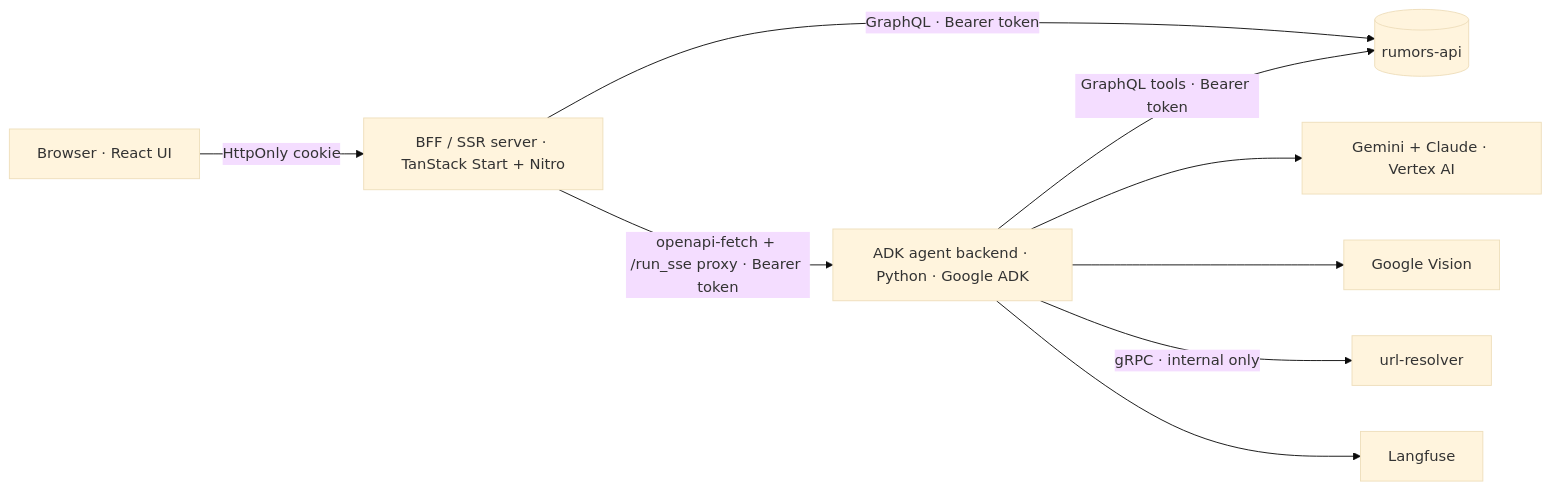
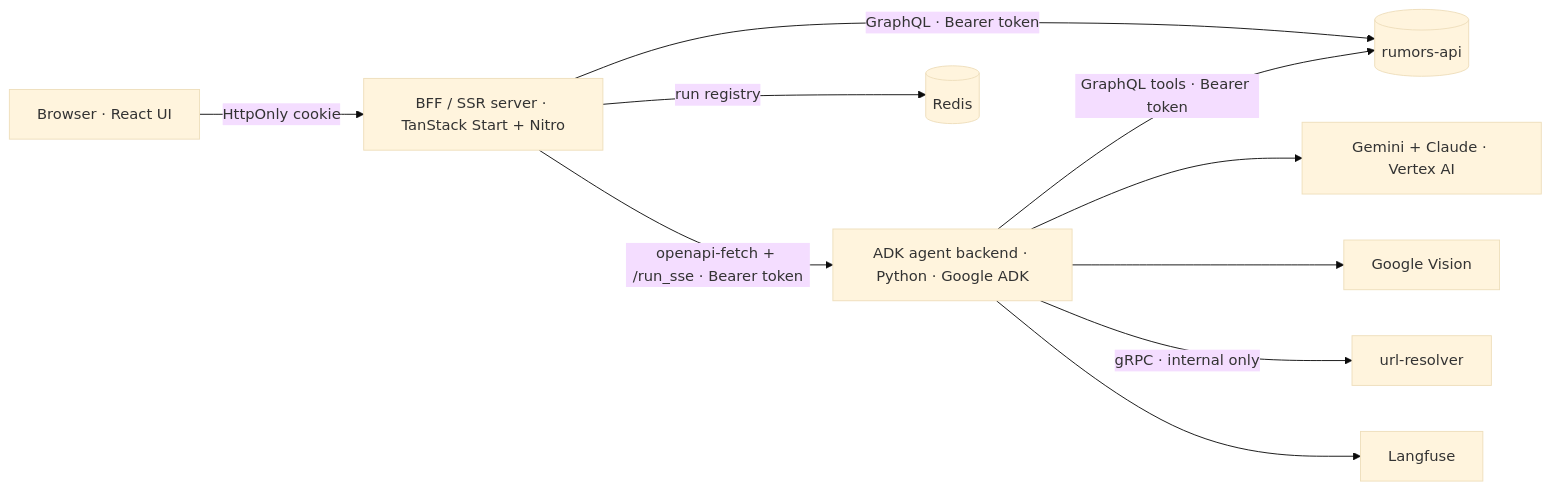
Before and after one commit to cofacts/ai: the diagram in docs/index.md, drawn with Mermaid (base theme). The commit also changed other lines of this file and 24 other files, not shown here.

First line of the commit message:
feat: background runs drained by the BFF over ADK's unchanged /run_sse

````diff
--- a/docs/index.md
+++ b/docs/index.md
@@ -15,11 +15,12 @@
 ```mermaid
 flowchart LR
     B[Browser · React UI] -->|HttpOnly cookie| BFF[BFF / SSR server · TanStack Start + Nitro]
-    BFF -->|openapi-fetch + /run_sse proxy · Bearer token| ADK[ADK agent backend · Python · Google ADK]
+    BFF -->|openapi-fetch + /run_sse · Bearer token| ADK[ADK agent backend · Python · Google ADK]
     BFF -->|GraphQL · Bearer token| API[(rumors-api)]
     ADK -->|GraphQL tools · Bearer token| API
     ADK --> GEM[Gemini + Claude · Vertex AI]
     ADK --> VIS[Google Vision]
     ADK -->|gRPC · internal only| UR[url-resolver]
     ADK --> LF[Langfuse]
+    BFF -->|run registry| R[(Redis)]
 ```
````
